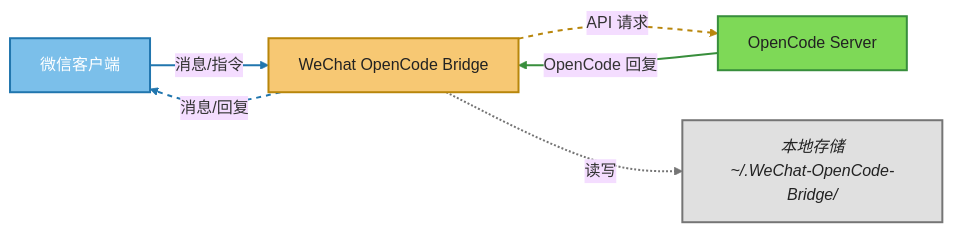
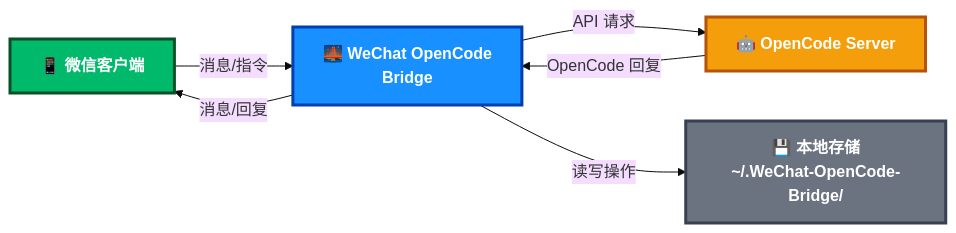
Before and after one commit to Nuyoahwjl/WeChat-OpenCode-Bridge: the diagram in README.md, drawn with Mermaid (base theme). The commit also changed other lines of this file, not shown here.

Commit message:
Enhance README with improved architecture diagram and formatting

````diff
--- a/README.md
+++ b/README.md
@@ -52,28 +25,21 @@
 ```mermaid
 flowchart LR
     %% 节点定义
-    A[微信客户端]:::wechat
-    B[WeChat OpenCode Bridge]:::bridge
-    C[OpenCode Server]:::opencode
-    D[本地存储<br/>~/.WeChat-OpenCode-Bridge/]:::storage
+    A["📱 微信客户端"]:::wechat
+    B["🌉 WeChat OpenCode<br/>Bridge"]:::bridge
+    C["🤖 OpenCode Server"]:::opencode
+    D["💾 本地存储<br/>~/.WeChat-OpenCode-Bridge/"]:::storage
 
-    %% 连接线（无背景样式标签）
-        A -- 消息/指令 --> B
-        B -- API 请求 --> C
-        C -- OpenCode 回复 --> B
-        B -- 消息/回复 --> A
-        B -- 读写 --> D
+    %% 连接线
+    A -->|消息/指令| B
+    B -->|API 请求| C
+    C -->|OpenCode 回复| B
+    B -->|消息/回复| A
+    B -->|读写操作| D
 
     %% 样式
-    classDef wechat fill:#7bbfea,stroke:#2176ae,stroke-width:2px,color:#fff;
-    classDef bridge fill:#f7c873,stroke:#b8860b,stroke-width:2px,color:#222;
-    classDef opencode fill:#7ed957,stroke:#388e3c,stroke-width:2px,color:#222;
-    classDef storage fill:#e0e0e0,stroke:#757575,stroke-width:2px,color:#222,font-style:italic;
-
-    %% 箭头样式
-    linkStyle 0 stroke:#2176ae,stroke-width:2px;
-    linkStyle 1 stroke:#b8860b,stroke-width:2px,stroke-dasharray: 5 5;
-    linkStyle 2 stroke:#388e3c,stroke-width:2px;
-    linkStyle 3 stroke:#2176ae,stroke-width:2px,stroke-dasharray: 5 5;
-    linkStyle 4 stroke:#757575,stroke-width:2px,stroke-dasharray: 2 2;
+    classDef wechat fill:#00B96B,stroke:#095028,stroke-width:3px,color:#fff,font-weight:bold;
+    classDef bridge fill:#1890FF,stroke:#003EB3,stroke-width:3px,color:#fff,font-weight:bold;
+    classDef opencode fill:#F59E0B,stroke:#B45309,stroke-width:3px,color:#fff,font-weight:bold;
+    classDef storage fill:#6B7280,stroke:#374151,stroke-width:3px,color:#fff,font-weight:bold;
 ```
````
